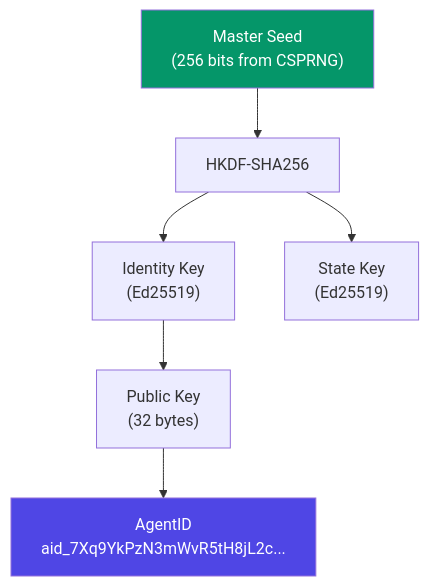
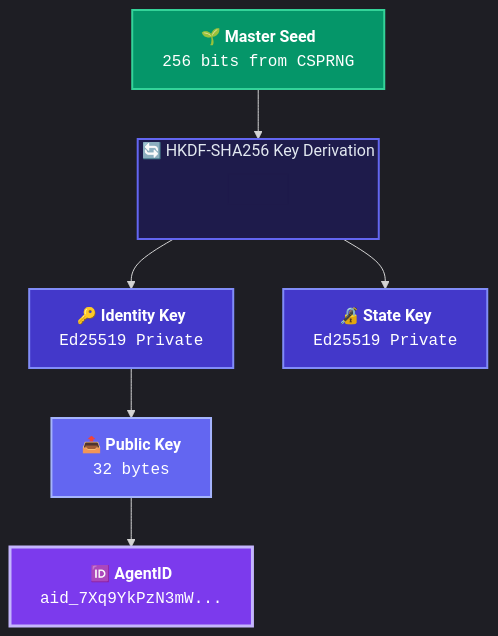
Before and after one commit to trustorno/sigaid: the third of 7 diagrams in README.md, drawn with Mermaid. The commit also changed other lines of this file, not shown here.

Commit message:
Enhance README with polished dark-themed Mermaid diagrams

````diff
--- a/README.md
+++ b/README.md
@@ -92,15 +130,28 @@
 ```mermaid
+%%{init: {'theme': 'dark', 'themeVariables': { 'fontFamily': 'ui-monospace, monospace'}}}%%
 flowchart TB
-    SEED["Master Seed<br/>(256 bits from CSPRNG)"]
+    SEED["🌱 <b>Master Seed</b><br/><code>256 bits from CSPRNG</code>"]
 
-    SEED --> HKDF["HKDF-SHA256"]
+    SEED --> HKDF
 
-    HKDF --> IK["Identity Key<br/>(Ed25519)"]
-    HKDF --> SK["State Key<br/>(Ed25519)"]
+    subgraph HKDF["🔄 HKDF-SHA256 Key Derivation"]
+        direction LR
+        H1[" "]
+    end
 
-    IK --> PK["Public Key<br/>(32 bytes)"]
-    PK --> AID["AgentID<br/>aid_7Xq9YkPzN3mWvR5tH8jL2c..."]
+    HKDF --> IK & SK
 
-    style SEED fill:#059669,color:#fff
-    style AID fill:#4f46e5,color:#fff
+    IK["🔑 <b>Identity Key</b><br/><code>Ed25519 Private</code>"]
+    SK["🔏 <b>State Key</b><br/><code>Ed25519 Private</code>"]
+
+    IK --> PK["📤 <b>Public Key</b><br/><code>32 bytes</code>"]
+    PK --> AID["🆔 <b>AgentID</b><br/><code>aid_7Xq9YkPzN3mW...</code>"]
+
+    style SEED fill:#059669,stroke:#34d399,stroke-width:2px,color:#fff
+    style HKDF fill:#1e1b4b,stroke:#6366f1,stroke-width:2px,color:#e2e8f0
+    style H1 fill:#1e1b4b,stroke:#1e1b4b
+    style IK fill:#4338ca,stroke:#818cf8,stroke-width:2px,color:#fff
+    style SK fill:#4338ca,stroke:#818cf8,stroke-width:2px,color:#fff
+    style PK fill:#6366f1,stroke:#a5b4fc,stroke-width:2px,color:#fff
+    style AID fill:#7c3aed,stroke:#c4b5fd,stroke-width:3px,color:#fff
 ```
````
